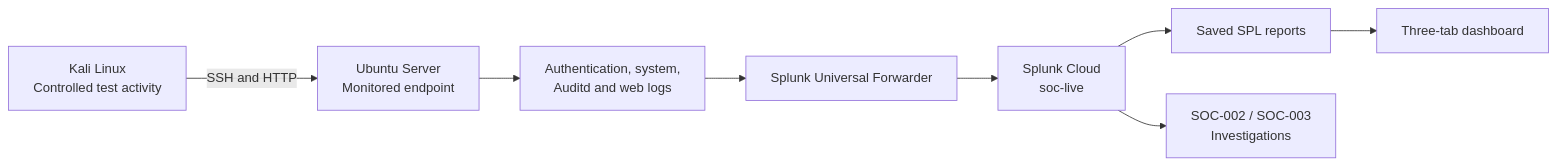
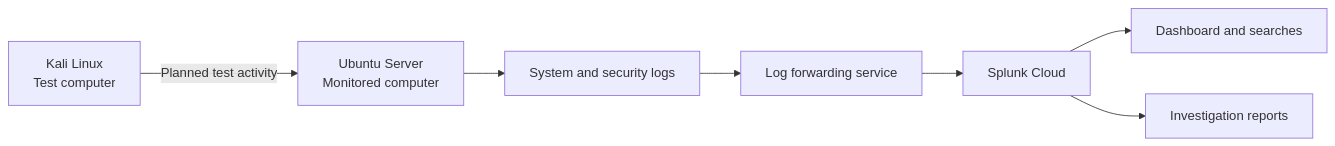
One commit to chasemad/Splunk-Lab changed the diagram in README.md. Above: the diagram before and after it, drawn with Mermaid. The commit also changed other lines of this file, not shown here.

Commit message:
Make Splunk Lab README accessible to recruiters with technical deep dives

````diff
--- a/README.md
+++ b/README.md
@@ -37,10 +51,9 @@
 ```mermaid
 flowchart LR
-  K["Kali Linux<br/>Controlled test activity"] -->|"SSH and HTTP"| U["Ubuntu Server<br/>Monitored endpoint"]
-  U --> L["Authentication, system,<br/>Auditd and web logs"]
-  L --> F["Splunk Universal Forwarder"]
-  F --> S["Splunk Cloud<br/>soc-live"]
-  S --> Q["Saved SPL reports"]
-  Q --> D["Three-tab dashboard"]
-  S --> I["SOC-002 / SOC-003<br/>Investigations"]
+  K["Kali Linux<br/>Test computer"] -->|"Planned test activity"| U["Ubuntu Server<br/>Monitored computer"]
+  U --> L["System and security logs"]
+  L --> F["Log forwarding service"]
+  F --> S["Splunk Cloud"]
+  S --> D["Dashboard and searches"]
+  S --> I["Investigation reports"]
 ```
````
